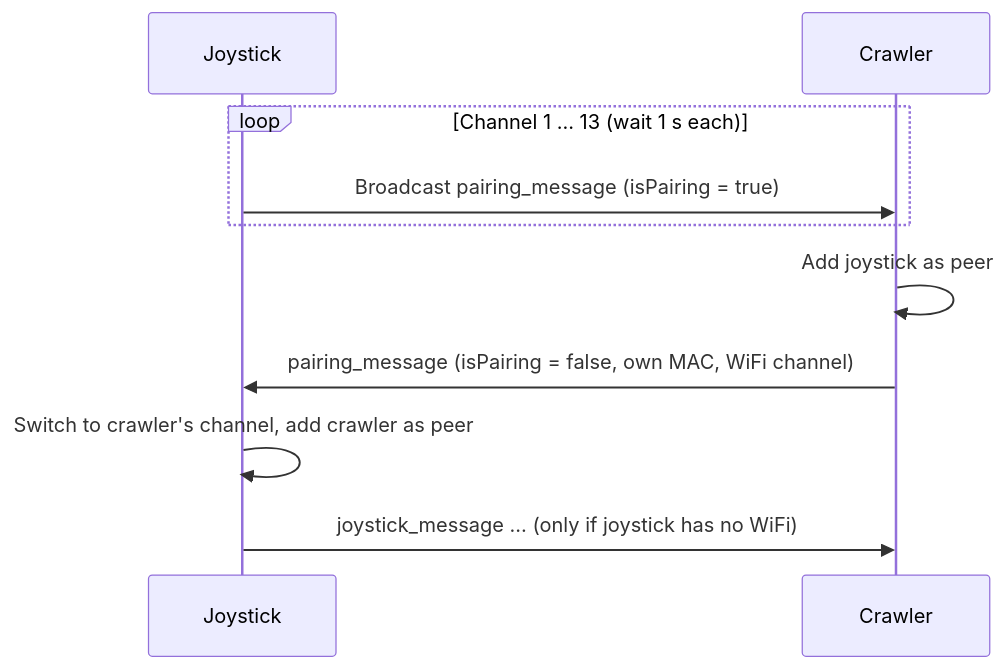
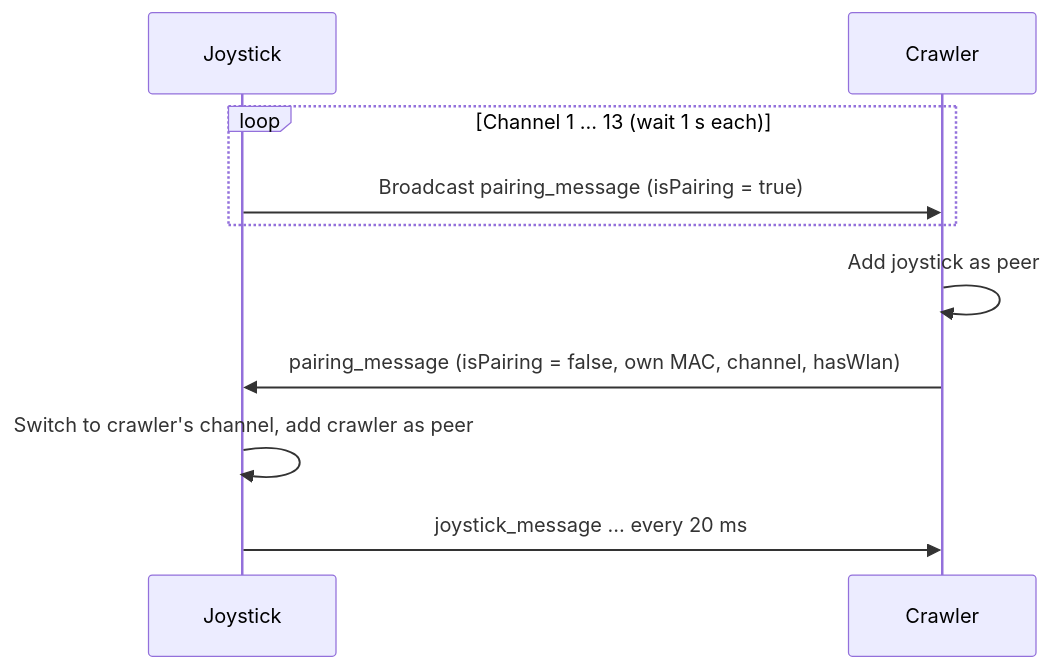
One commit to smily77/Crawler changed the second of 2 diagrams in README.md. Above: the diagram before and after it, drawn with Mermaid. The commit also changed other lines of this file and 8 other files, not shown here.

````diff
--- a/README.md
+++ b/README.md
@@ -132,12 +149,12 @@
 ```mermaid
 sequenceDiagram
     participant J as Joystick
     participant C as Crawler
     loop Channel 1 … 13 (wait 1 s each)
         J->>C: Broadcast pairing_message (isPairing = true)
     end
     C->>C: Add joystick as peer
-    C->>J: pairing_message (isPairing = false, own MAC, WiFi channel)
+    C->>J: pairing_message (isPairing = false, own MAC, channel, hasWlan)
     J->>J: Switch to crawler's channel, add crawler as peer
-    J->>C: joystick_message … (only if joystick has no WiFi)
+    J->>C: joystick_message … every 20 ms
 ```
````
